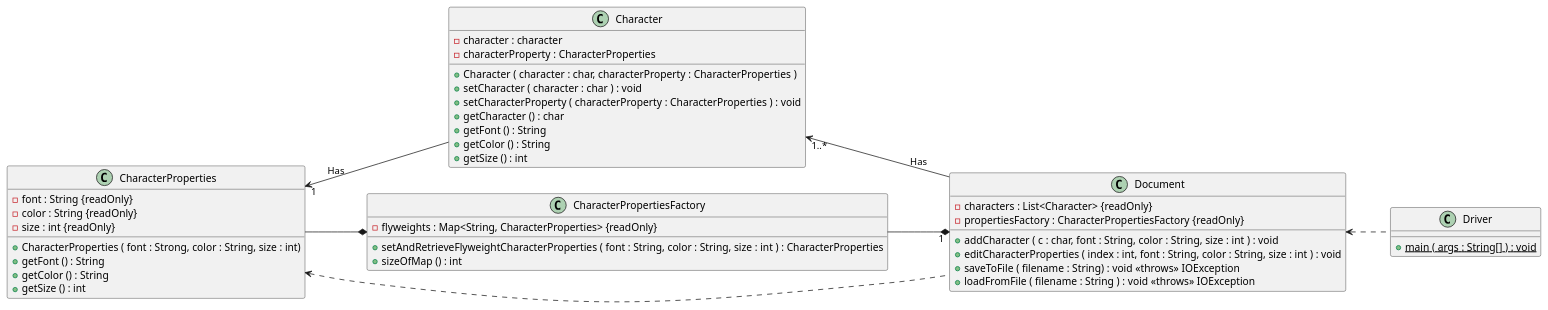
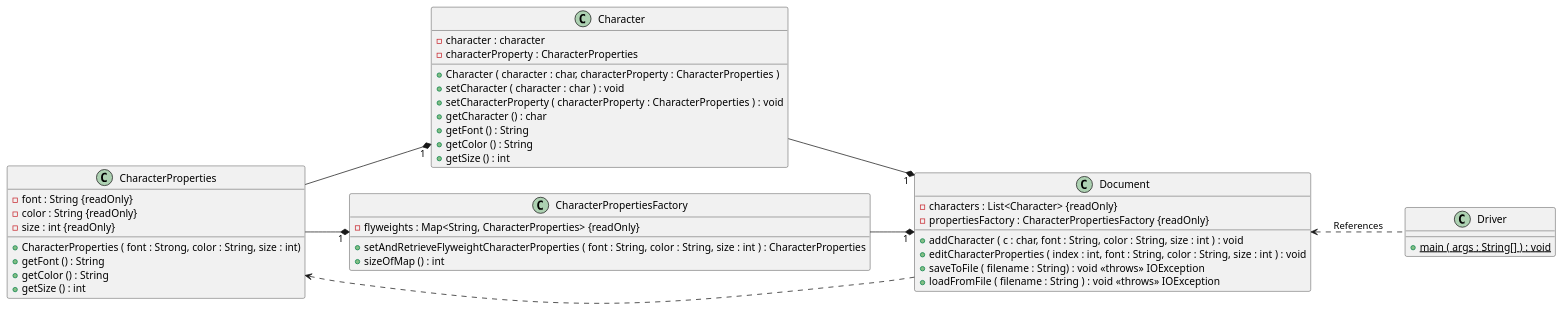
The diagram in CS4800/HW7_Answer/umlDiag.puml (LoloMarty/2024-), drawn with PlantUML before and after one commit. The commit also changed 5 other files, not shown here.

```diff
--- a/CS4800/HW7_Answer/umlDiag.puml
+++ b/CS4800/HW7_Answer/umlDiag.puml
@@ -1,64 +1,64 @@
 @startuml
 
 left to right direction
 
 Class Character
 {
     - character : character
     - characterProperty : CharacterProperties
 
     + Character ( character : char, characterProperty : CharacterProperties )
     + setCharacter ( character : char ) : void
     + setCharacterProperty ( characterProperty : CharacterProperties ) : void
     + getCharacter () : char
     + getFont () : String
     + getColor () : String
     + getSize () : int
 }
 
 Class CharacterProperties
 {
     - font : String {readOnly}
     - color : String {readOnly}
     - size : int {readOnly}
 
     + CharacterProperties ( font : Strong, color : String, size : int)
     + getFont () : String
     + getColor () : String
     + getSize () : int
 }
 
 Class CharacterPropertiesFactory
 {
   - flyweights : Map<String, CharacterProperties> {readOnly}
   + setAndRetrieveFlyweightCharacterProperties ( font : String, color : String, size : int ) : CharacterProperties
   + sizeOfMap () : int
 }
 
 Class Document
 {
     - characters : List<Character> {readOnly}
     - propertiesFactory : CharacterPropertiesFactory {readOnly}
 
     + addCharacter ( c : char, font : String, color : String, size : int ) : void
     + editCharacterProperties ( index : int, font : String, color : String, size : int ) : void
     + saveToFile ( filename : String) : void <<throws>> IOException
     + loadFromFile ( filename : String ) : void <<throws>> IOException
 }
 
 Class Driver
 {
     + main ( args : String[] ) : void {static}
 }
 
-Character "1..*"<-- Document : Has
+Character --* "1" Document
 
-CharacterProperties "1"<-- Character : Has
-CharacterProperties --* CharacterPropertiesFactory
+CharacterProperties --* "1" Character
+CharacterProperties --* "1"CharacterPropertiesFactory
 CharacterProperties <.. Document
 
 CharacterPropertiesFactory --* "1" Document
 
-Document <.. Driver
+Document <.. Driver : References
 
 @enduml
```
